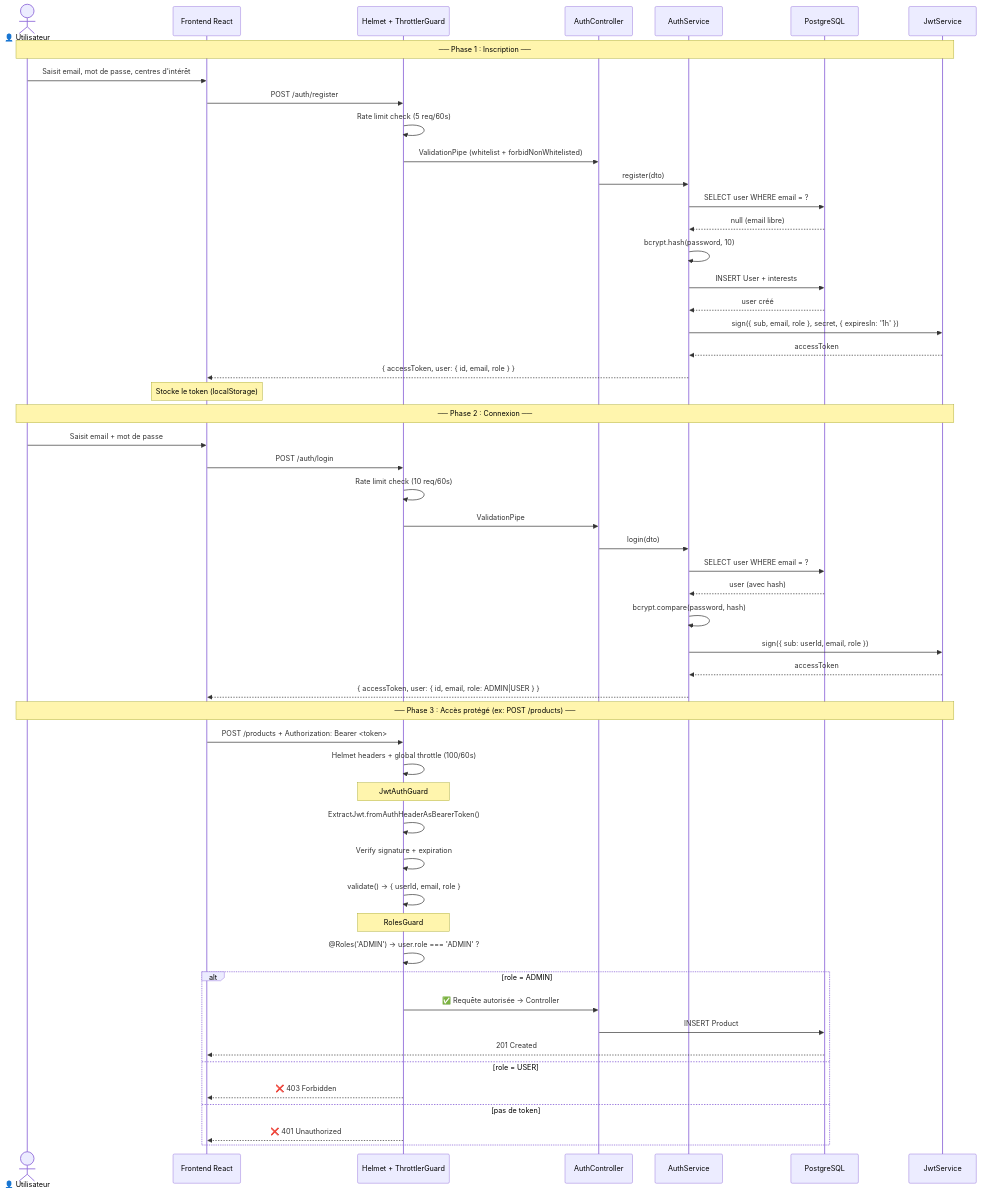
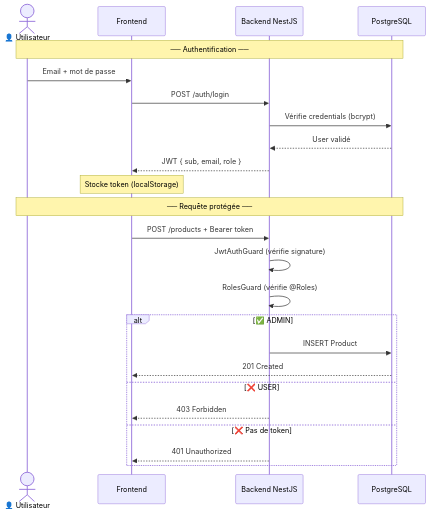
The third of 6 diagrams in documentation/03-schemas-mermaid.md (marichanae/Mariama), drawn with Mermaid before and after one commit.

Commit message:
docs: simplifier le schéma JWT + RBAC

````diff
--- a/documentation/03-schemas-mermaid.md
+++ b/documentation/03-schemas-mermaid.md
@@ -126,58 +126,29 @@
 ```mermaid
 sequenceDiagram
   actor U as 👤 Utilisateur
-  participant F as Frontend React
-  participant H as Helmet + ThrottlerGuard
-  participant A as AuthController
-  participant S as AuthService
+  participant F as Frontend
+  participant API as Backend NestJS
   participant DB as PostgreSQL
-  participant JWT as JwtService
 
-  Note over U,JWT: ── Phase 1 : Inscription ──
-  U->>F: Saisit email, mot de passe, centres d'intérêt
-  F->>H: POST /auth/register
-  H->>H: Rate limit check (5 req/60s)
-  H->>A: ValidationPipe (whitelist + forbidNonWhitelisted)
-  A->>S: register(dto)
-  S->>DB: SELECT user WHERE email = ?
-  DB-->>S: null (email libre)
-  S->>S: bcrypt.hash(password, 10)
-  S->>DB: INSERT User + interests
-  DB-->>S: user créé
-  S->>JWT: sign({ sub, email, role }, secret, { expiresIn: '1h' })
-  JWT-->>S: accessToken
-  S-->>F: { accessToken, user: { id, email, role } }
-  Note over F: Stocke le token (localStorage)
+  Note over U,DB: ── Authentification ──
+  U->>F: Email + mot de passe
+  F->>API: POST /auth/login
+  API->>DB: Vérifie credentials (bcrypt)
+  DB-->>API: User validé
+  API-->>F: JWT { sub, email, role }
+  Note over F: Stocke token (localStorage)
 
-  Note over U,JWT: ── Phase 2 : Connexion ──
-  U->>F: Saisit email + mot de passe
-  F->>H: POST /auth/login
-  H->>H: Rate limit check (10 req/60s)
-  H->>A: ValidationPipe
-  A->>S: login(dto)
-  S->>DB: SELECT user WHERE email = ?
-  DB-->>S: user (avec hash)
-  S->>S: bcrypt.compare(password, hash)
-  S->>JWT: sign({ sub: userId, email, role })
-  JWT-->>S: accessToken
-  S-->>F: { accessToken, user: { id, email, role: ADMIN|USER } }
+  Note over U,DB: ── Requête protégée ──
+  F->>API: POST /products + Bearer token
+  API->>API: JwtAuthGuard (vérifie signature)
+  API->>API: RolesGuard (vérifie @Roles)
 
-  Note over U,JWT: ── Phase 3 : Accès protégé (ex: POST /products) ──
-  F->>H: POST /products + Authorization: Bearer <token>
-  H->>H: Helmet headers + global throttle (100/60s)
-  Note over H: JwtAuthGuard
-  H->>H: ExtractJwt.fromAuthHeaderAsBearerToken()
-  H->>H: Verify signature + expiration
-  H->>H: validate() → { userId, email, role }
-  Note over H: RolesGuard
-  H->>H: @Roles('ADMIN') → user.role === 'ADMIN' ?
-  alt role = ADMIN
-    H->>A: ✅ Requête autorisée → Controller
-    A->>DB: INSERT Product
+  alt ✅ ADMIN
+    API->>DB: INSERT Product
     DB-->>F: 201 Created
-  else role = USER
-    H-->>F: ❌ 403 Forbidden
-  else pas de token
-    H-->>F: ❌ 401 Unauthorized
+  else ❌ USER
+    API-->>F: 403 Forbidden
+  else ❌ Pas de token
+    API-->>F: 401 Unauthorized
   end
 ```
````
